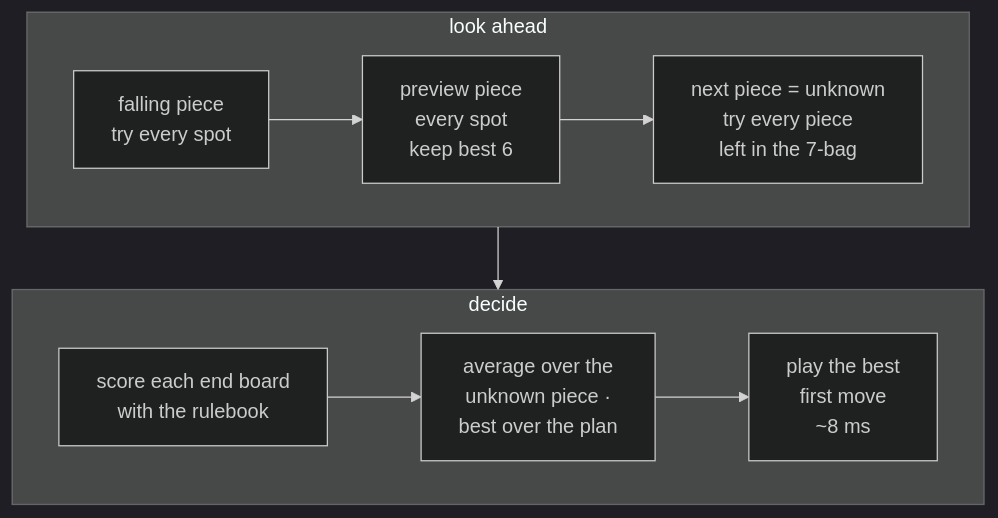
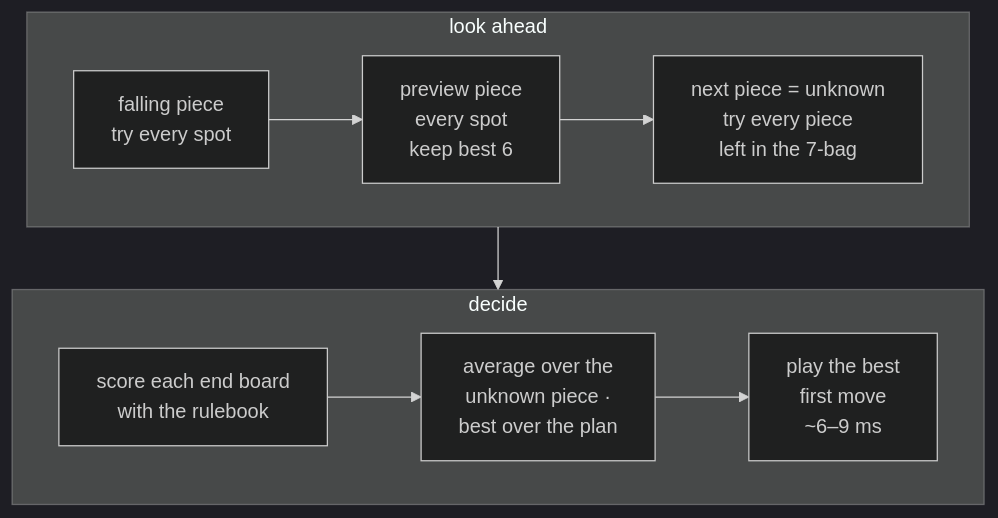
The fourth of 5 diagrams in .docs/06_game_arenas/tetris_lane_flows.md (katopz/katgpt-rs), drawn with Mermaid (dark theme) before and after one commit. The commit also changed 1 other file, not shown here.

Commit message:
docs(892): lane-flow figure — rulebook timing label ~6–9 ms (site walk 6.2 ms/piece, h2h 7.6–8.6)
Session: katgpt-rs-892, 1790000000

````diff
--- a/.docs/06_game_arenas/tetris_lane_flows.md
+++ b/.docs/06_game_arenas/tetris_lane_flows.md
@@ -74,14 +74,14 @@
 ```mermaid
 %% file: tetris_flow_rulebook.svg
-%% aria: KatGPT rulebook search: try every spot for the falling piece, every spot for the preview piece keeping the best six, then every piece still left in the bag; score each end board with the strategy rulebook, average over the unknown piece, take the best plan, and play its first move, in about eight milliseconds
+%% aria: KatGPT rulebook search: try every spot for the falling piece, every spot for the preview piece keeping the best six, then every piece still left in the bag; score each end board with the strategy rulebook, average over the unknown piece, take the best plan, and play its first move, in about six to nine milliseconds
 flowchart TB
     subgraph R1["look ahead"]
         direction LR
         A["falling piece<br/>try every spot"] --> B["preview piece<br/>every spot<br/>keep best 6"] --> C["next piece = unknown<br/>try every piece<br/>left in the 7-bag"]
     end
     subgraph R2["decide"]
         direction LR
-        V["score each end board<br/>with the rulebook"] --> G["average over the<br/>unknown piece ·<br/>best over the plan"] --> P["play the best<br/>first move<br/>~8 ms"]
+        V["score each end board<br/>with the rulebook"] --> G["average over the<br/>unknown piece ·<br/>best over the plan"] --> P["play the best<br/>first move<br/>~6–9 ms"]
     end
     C --> V
 ```
````
